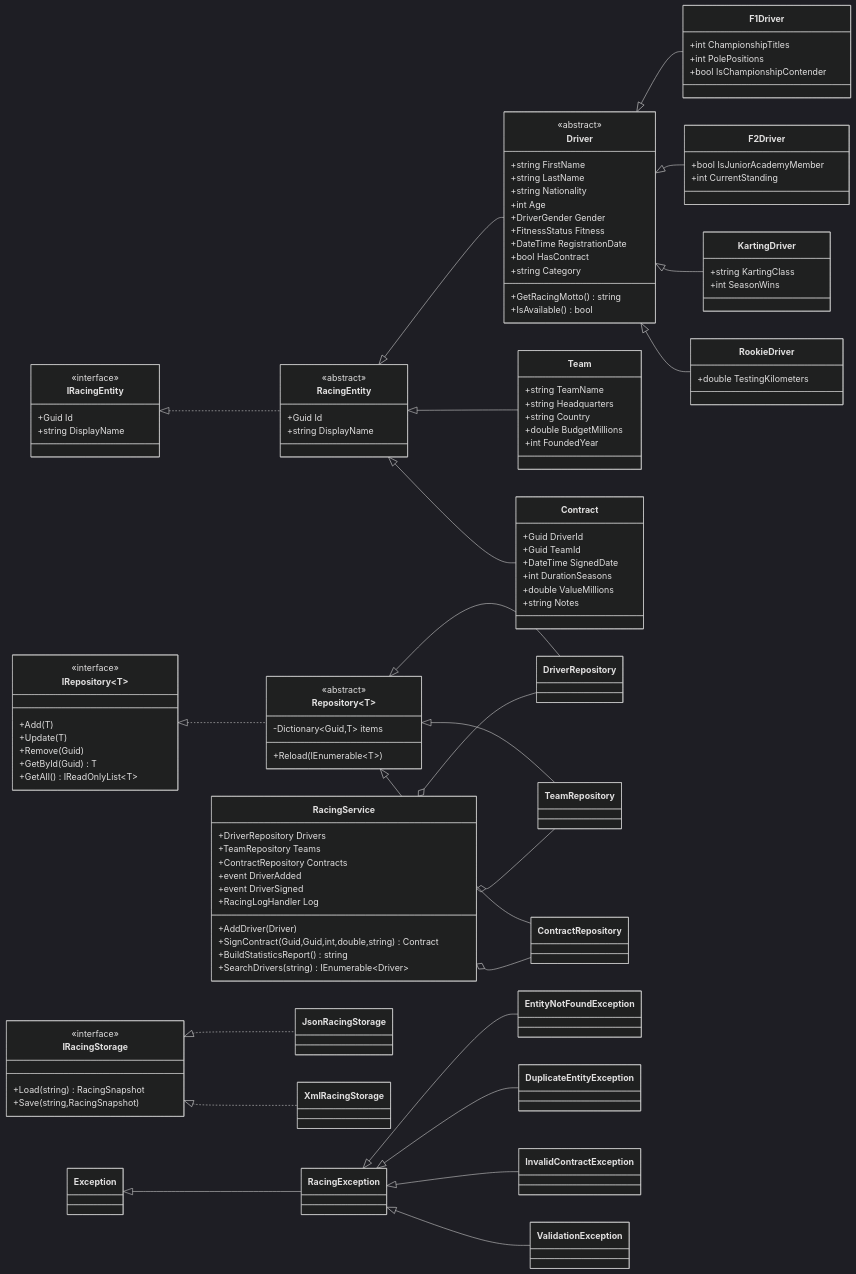
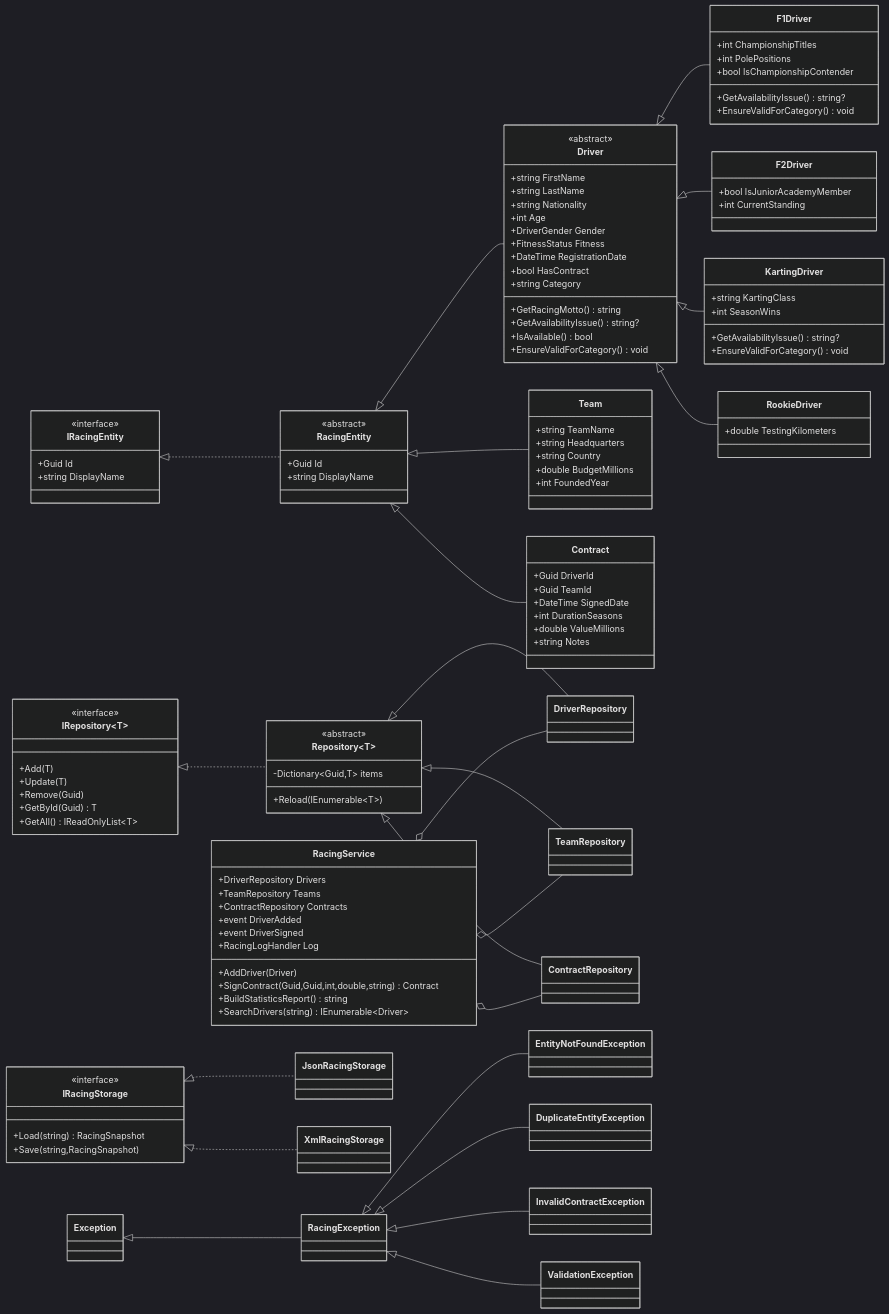
One commit to bensullu/FormulaOneManager changed the diagram in DOCUMENTATION.md. Above: the diagram before and after it, drawn with Mermaid (dark theme). The commit also changed other lines of this file, not shown here.

```diff
--- a/DOCUMENTATION.md
+++ b/DOCUMENTATION.md
@@ -302,13 +332,17 @@
         +bool HasContract
         +string Category
         +GetRacingMotto() string
+        +GetAvailabilityIssue() string?
         +IsAvailable() bool
+        +EnsureValidForCategory() void
     }
 
     class F1Driver {
         +int ChampionshipTitles
         +int PolePositions
         +bool IsChampionshipContender
+        +GetAvailabilityIssue() string?
+        +EnsureValidForCategory() void
     }
 
     class F2Driver {
@@ -319,6 +353,8 @@
     class KartingDriver {
         +string KartingClass
         +int SeasonWins
+        +GetAvailabilityIssue() string?
+        +EnsureValidForCategory() void
     }
 
     class RookieDriver {
```
